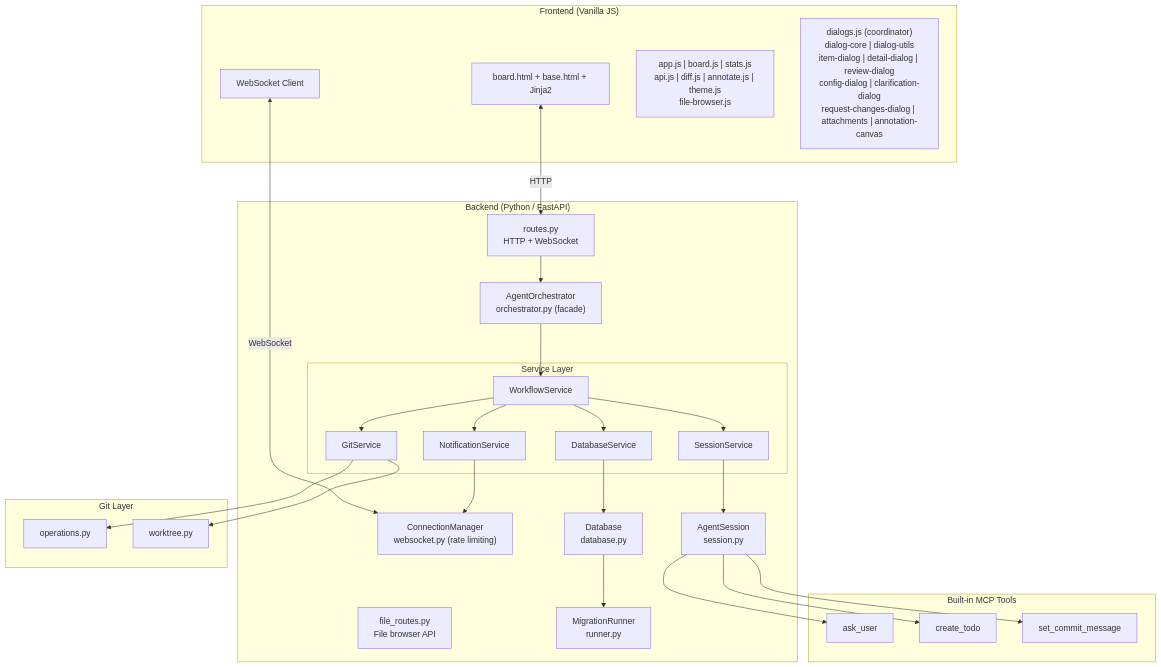
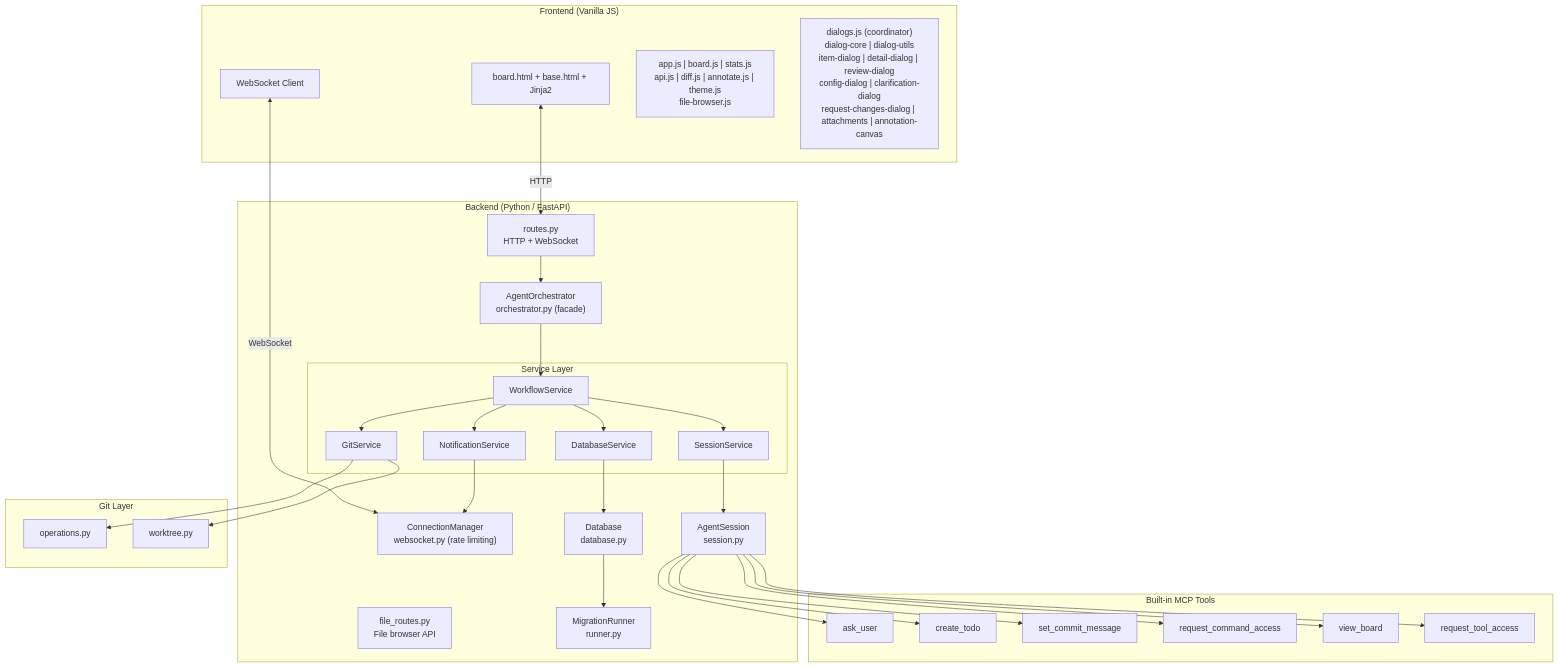
One commit to epatel/claude-agents-dashboard changed the first of 3 diagrams in CLAUDE.md. Above: the diagram before and after it, drawn with Mermaid. The commit also changed other lines of this file and 4 other files, not shown here.

Commit message:
Update all documentation to reflect new agent tools (board_view, tool_access, tool_filter), accurate test counts (139), E2E tests, and current line counts

````diff
--- a/CLAUDE.md
+++ b/CLAUDE.md
@@ -33,55 +33,61 @@
 ```mermaid
 graph TB
     subgraph Frontend["Frontend (Vanilla JS)"]
         UI["board.html + base.html + Jinja2"]
         WS["WebSocket Client"]
         Modules["app.js | board.js | stats.js<br/>api.js | diff.js | annotate.js | theme.js<br/>file-browser.js"]
         DlgModules["dialogs.js (coordinator)<br/>dialog-core | dialog-utils<br/>item-dialog | detail-dialog | review-dialog<br/>config-dialog | clarification-dialog<br/>request-changes-dialog | attachments | annotation-canvas"]
     end
 
     subgraph Backend["Backend (Python / FastAPI)"]
         R["routes.py<br/>HTTP + WebSocket"]
         FR["file_routes.py<br/>File browser API"]
         WSM["ConnectionManager<br/>websocket.py (rate limiting)"]
         O["AgentOrchestrator<br/>orchestrator.py (facade)"]
         subgraph SvcLayer["Service Layer"]
             WF["WorkflowService"]
             DBS["DatabaseService"]
             NS["NotificationService"]
             GS["GitService"]
             SS["SessionService"]
         end
         Sess["AgentSession<br/>session.py"]
         D["Database<br/>database.py"]
         M["MigrationRunner<br/>runner.py"]
     end
 
     subgraph MCPTools["Built-in MCP Tools"]
         C["ask_user"]
         T["create_todo"]
         CM["set_commit_message"]
+        CA["request_command_access"]
+        BV["view_board"]
+        TA["request_tool_access"]
     end
 
     subgraph Git["Git Layer"]
         GO["operations.py"]
         GW["worktree.py"]
     end
 
     UI <-->|"HTTP"| R
     WS <-->|"WebSocket"| WSM
     R --> O
     O --> WF
     WF --> DBS
     WF --> GS
     WF --> NS
     WF --> SS
     SS --> Sess
     Sess --> C
     Sess --> T
     Sess --> CM
+    Sess --> CA
+    Sess --> BV
+    Sess --> TA
     DBS --> D
     NS --> WSM
     D --> M
     GS --> GO
     GS --> GW
 ```
````
